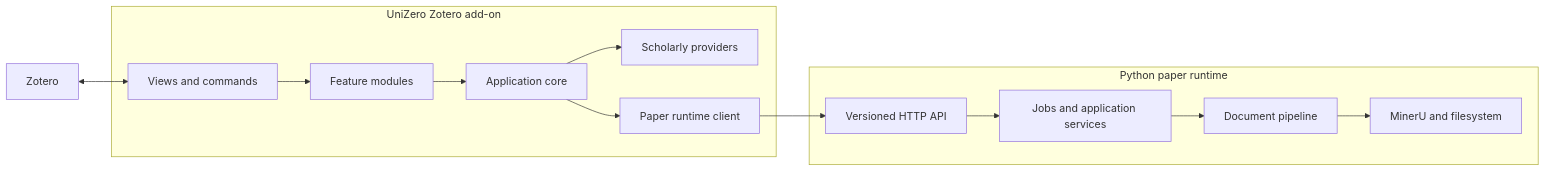
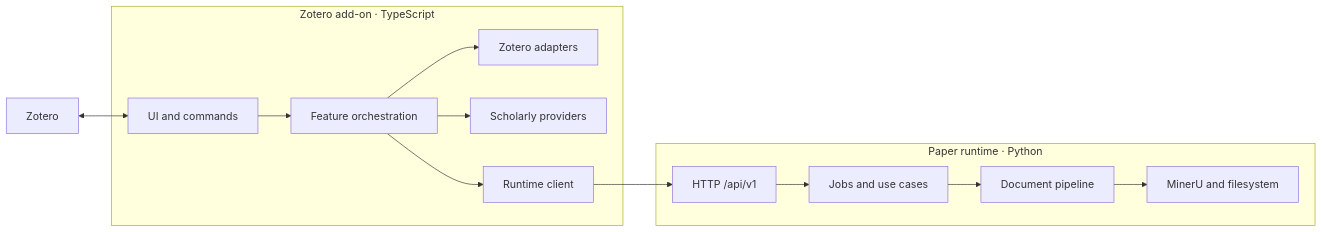
One commit to Leavvind/Unizero changed the diagram in docs/ARCHITECTURE.md. Above: the diagram before and after it, drawn with Mermaid. The commit also changed other lines of this file and 15 other files, not shown here.

````diff
--- a/docs/ARCHITECTURE.md
+++ b/docs/ARCHITECTURE.md
@@ -10,29 +7,29 @@
 ```mermaid
 flowchart LR
     Zotero["Zotero"]
 
-    subgraph Addon["UniZero Zotero add-on"]
-        UI["Views and commands"]
-        Features["Feature modules"]
-        Core["Application core"]
+    subgraph Addon["Zotero add-on · TypeScript"]
+        UI["UI and commands"]
+        Features["Feature orchestration"]
+        Adapters["Zotero adapters"]
         Providers["Scholarly providers"]
-        RuntimeClient["Paper runtime client"]
+        Client["Runtime client"]
     end
 
-    subgraph Runtime["Python paper runtime"]
-        API["Versioned HTTP API"]
-        Jobs["Jobs and application services"]
+    subgraph Runtime["Paper runtime · Python"]
+        API["HTTP /api/v1"]
+        App["Jobs and use cases"]
         Pipeline["Document pipeline"]
-        Heavy["MinerU and filesystem"]
+        IO["MinerU and filesystem"]
     end
 
     Zotero <--> UI
     UI --> Features
-    Features --> Core
-    Core --> Providers
-    Core --> RuntimeClient
-    RuntimeClient --> API
-    API --> Jobs
-    Jobs --> Pipeline
-    Pipeline --> Heavy
+    Features --> Adapters
+    Features --> Providers
+    Features --> Client
+    Client --> API
+    API --> App
+    App --> Pipeline
+    Pipeline --> IO
 ```
````
